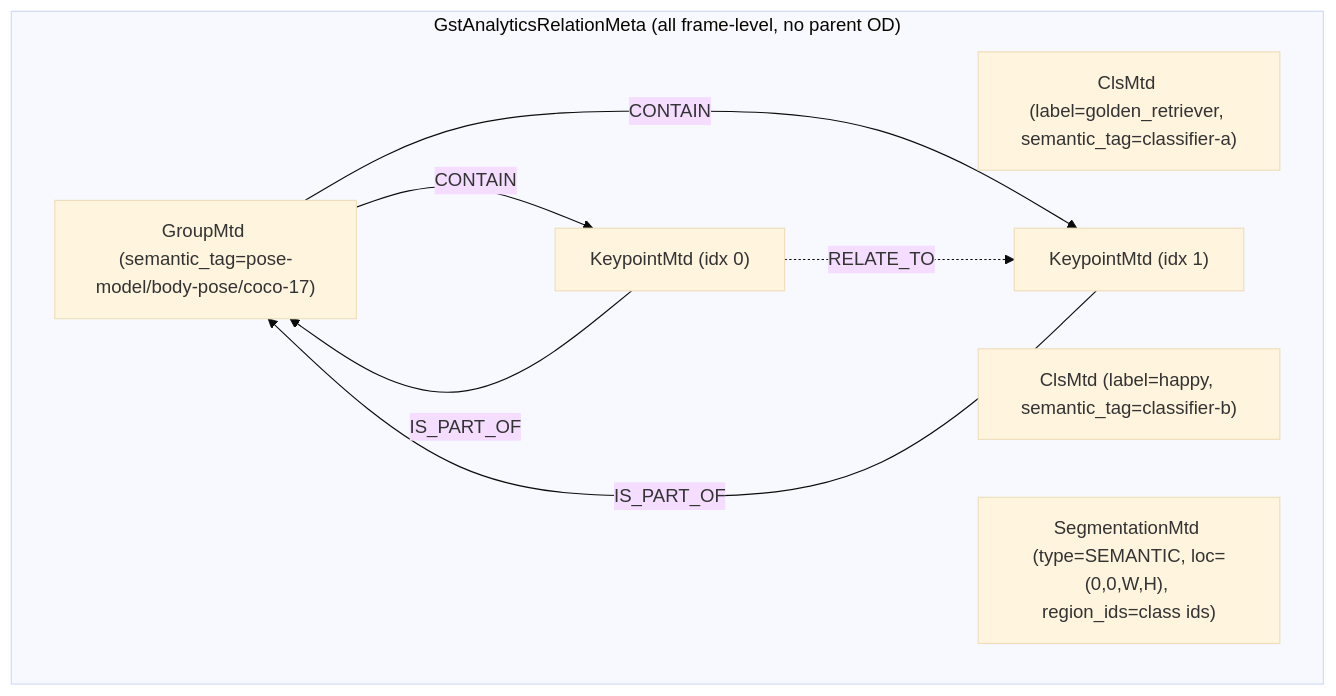
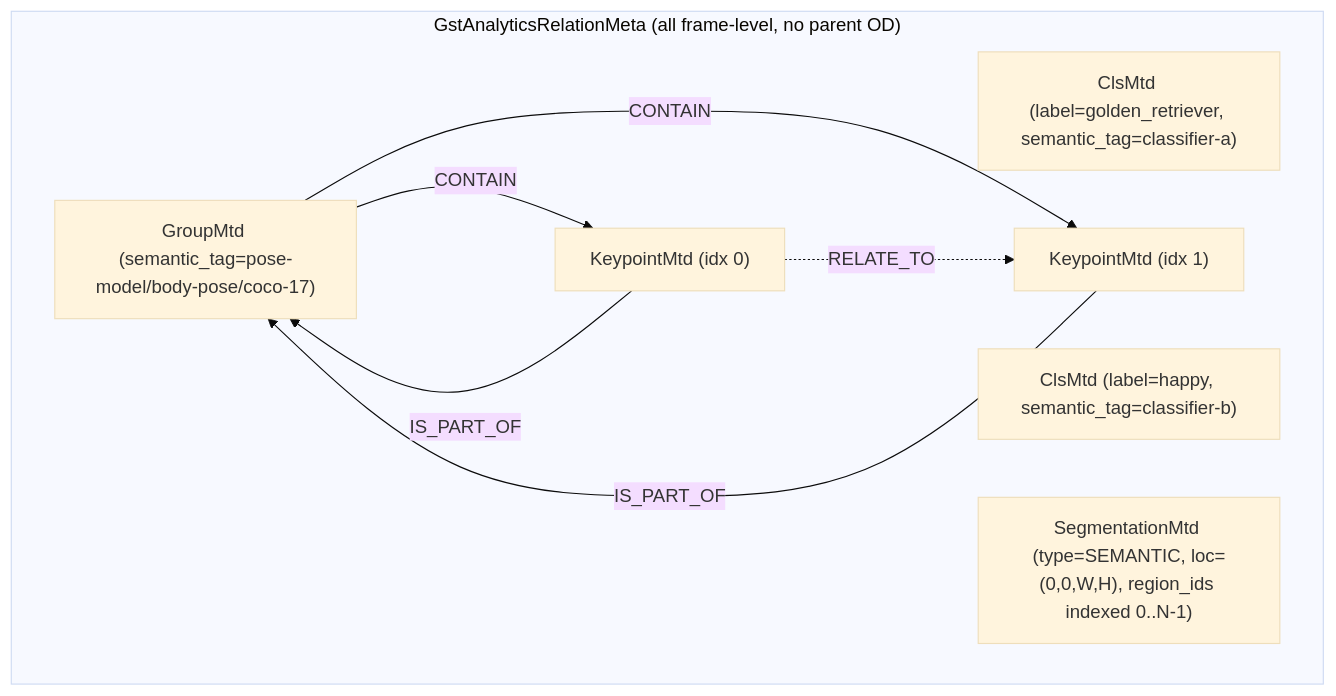
Diagram 16 of 17 in docs/user-guide/dev_guide/metadata_relations_diagrams.md (OskarFiedot/DLStreamer), drawn with Mermaid (base theme) before and after one commit. The commit also changed other lines of this file, not shown here.

````diff
--- a/docs/user-guide/dev_guide/metadata_relations_diagrams.md
+++ b/docs/user-guide/dev_guide/metadata_relations_diagrams.md
@@ -299,16 +363,16 @@
 ```mermaid
 graph TD
   subgraph RelationMeta["GstAnalyticsRelationMeta (all frame-level, no parent OD)"]
     Cls1["ClsMtd (label=golden_retriever, semantic_tag=classifier-a)"]
     Cls2["ClsMtd (label=happy, semantic_tag=classifier-b)"]
-    Seg["SegmentationMtd (type=SEMANTIC, loc=(0,0,W,H), region_ids=class ids)"]
+    Seg["SegmentationMtd (type=SEMANTIC, loc=(0,0,W,H), region_ids indexed 0..N-1)"]
     G["GroupMtd (semantic_tag=pose-model/body-pose/coco-17)"]
     K0["KeypointMtd (idx 0)"]
     K1["KeypointMtd (idx 1)"]
     G -->|CONTAIN| K0
     G -->|CONTAIN| K1
     K0 -->|IS_PART_OF| G
     K1 -->|IS_PART_OF| G
     K0 -.->|RELATE_TO| K1
   end
 ```
````
